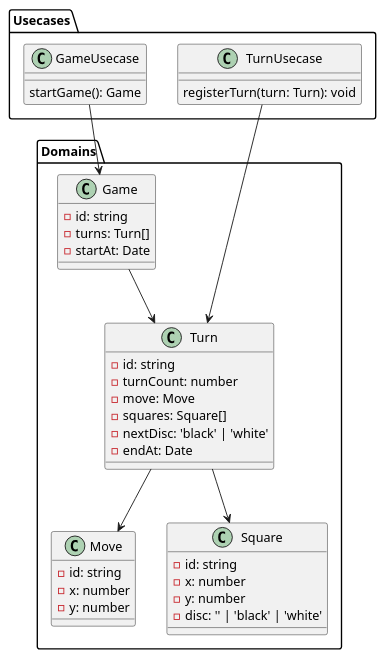
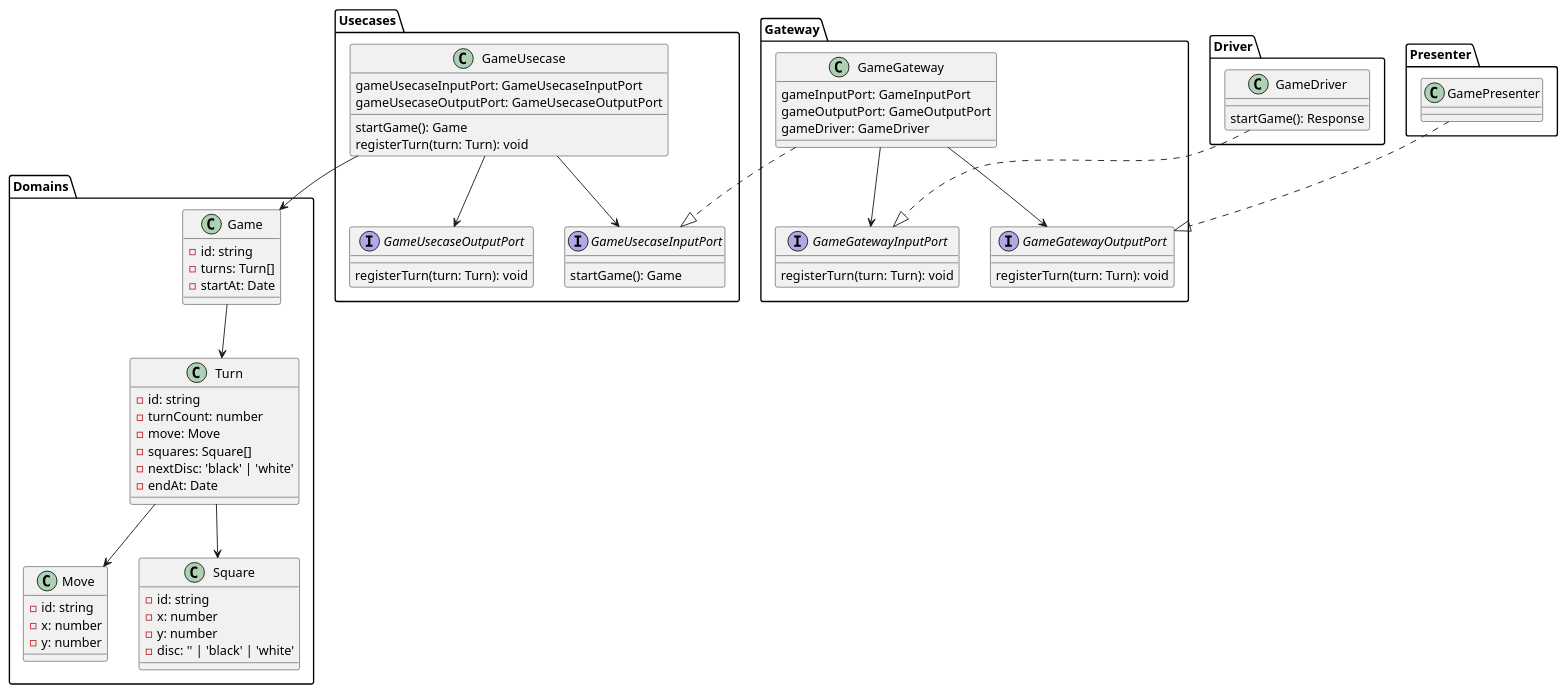
Before and after one commit to maaaashi/ReversiWithChatGPT: the diagram in docs/ClassDiagram.pu, drawn with PlantUML.

Commit message:
一番細分化したクラス図へ

```diff
--- a/docs/ClassDiagram.pu
+++ b/docs/ClassDiagram.pu
@@ -1,51 +1,93 @@
 @startuml ClassDiagram
 
 package Domains {
   class Game {
     -id: string
     -turns: Turn[]
     -startAt: Date
   }
 
   class Turn {
     -id: string
     -turnCount: number
     -move: Move
     -squares: Square[]
     -nextDisc: 'black' | 'white'
     -endAt: Date
   }
 
   class Move {
     -id: string
     -x: number
     -y: number
   }
 
   class Square {
     -id: string
     -x: number
     -y: number
     -disc: '' | 'black' | 'white'
   }
 
   Game --> Turn
   Turn --> Move
   Turn --> Square
 }
 
 package Usecases {
   class GameUsecase {
+    gameUsecaseInputPort: GameUsecaseInputPort
+    gameUsecaseOutputPort: GameUsecaseOutputPort
+    startGame(): Game
+    registerTurn(turn: Turn): void
+  }
+
+  interface GameUsecaseInputPort {
     startGame(): Game
   }
 
-  class TurnUsecase {
+  interface GameUsecaseOutputPort {
     registerTurn(turn: Turn): void
   }
 
   GameUsecase --> Game
-  TurnUsecase --> Turn
+  GameUsecase --> GameUsecaseInputPort
+  GameUsecase --> GameUsecaseOutputPort
 }
 
+package Gateway {
+  class GameGateway {
+    gameInputPort: GameInputPort
+    gameOutputPort: GameOutputPort
+    gameDriver: GameDriver
+  }
+
+  interface GameGatewayInputPort {
+    registerTurn(turn: Turn): void
+  }
+
+  interface GameGatewayOutputPort {
+    registerTurn(turn: Turn): void
+  }
+
+  GameGateway --> GameGatewayInputPort
+  GameGateway --> GameGatewayOutputPort
+  GameGateway ..|> GameUsecaseInputPort
+}
+
+package Driver {
+  class GameDriver {
+    startGame(): Response
+  }
+  GameDriver ..|> GameGatewayInputPort
+}
+
+package Presenter {
+  class GamePresenter {
+
+  }
+
+  GamePresenter ..|> GameGatewayOutputPort
+}
 
 @enduml
```
